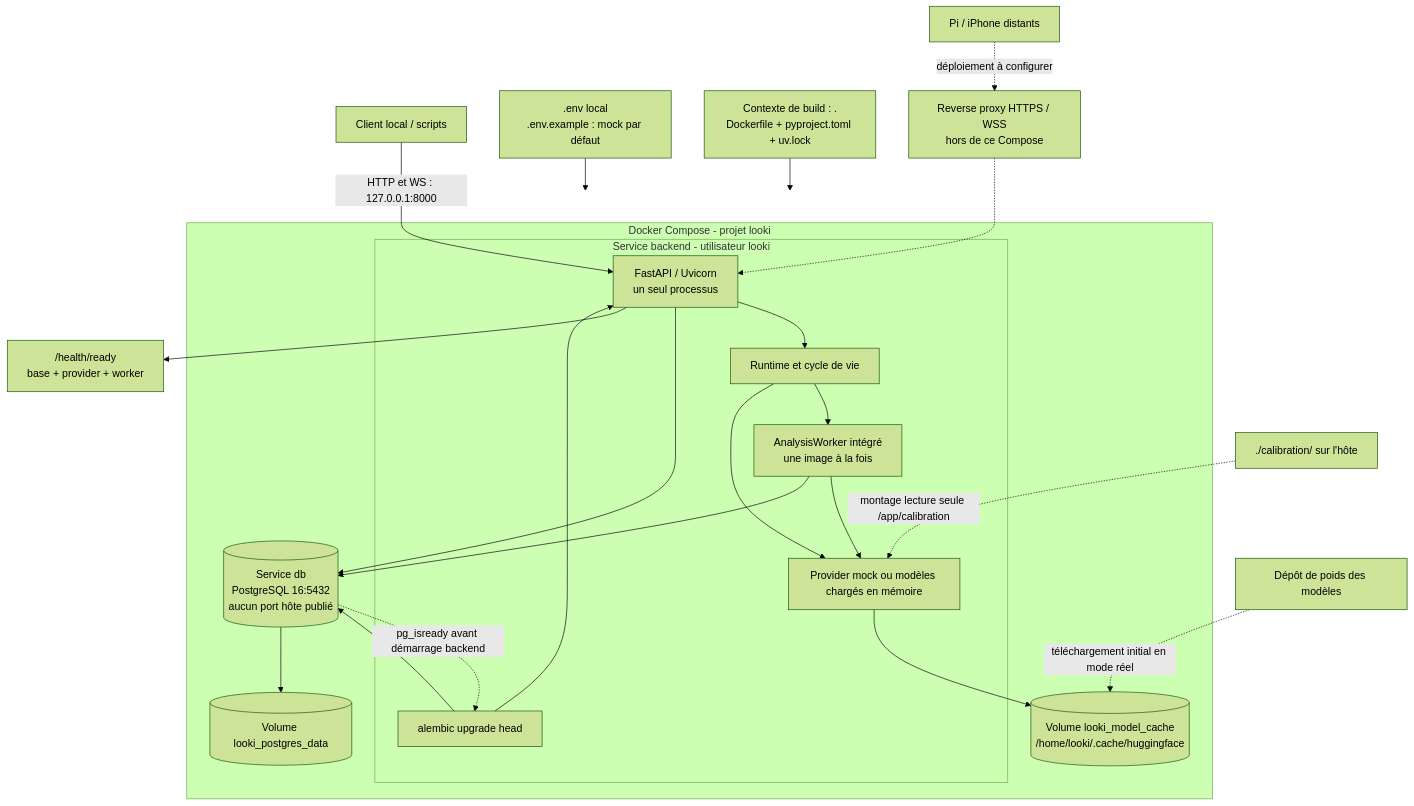
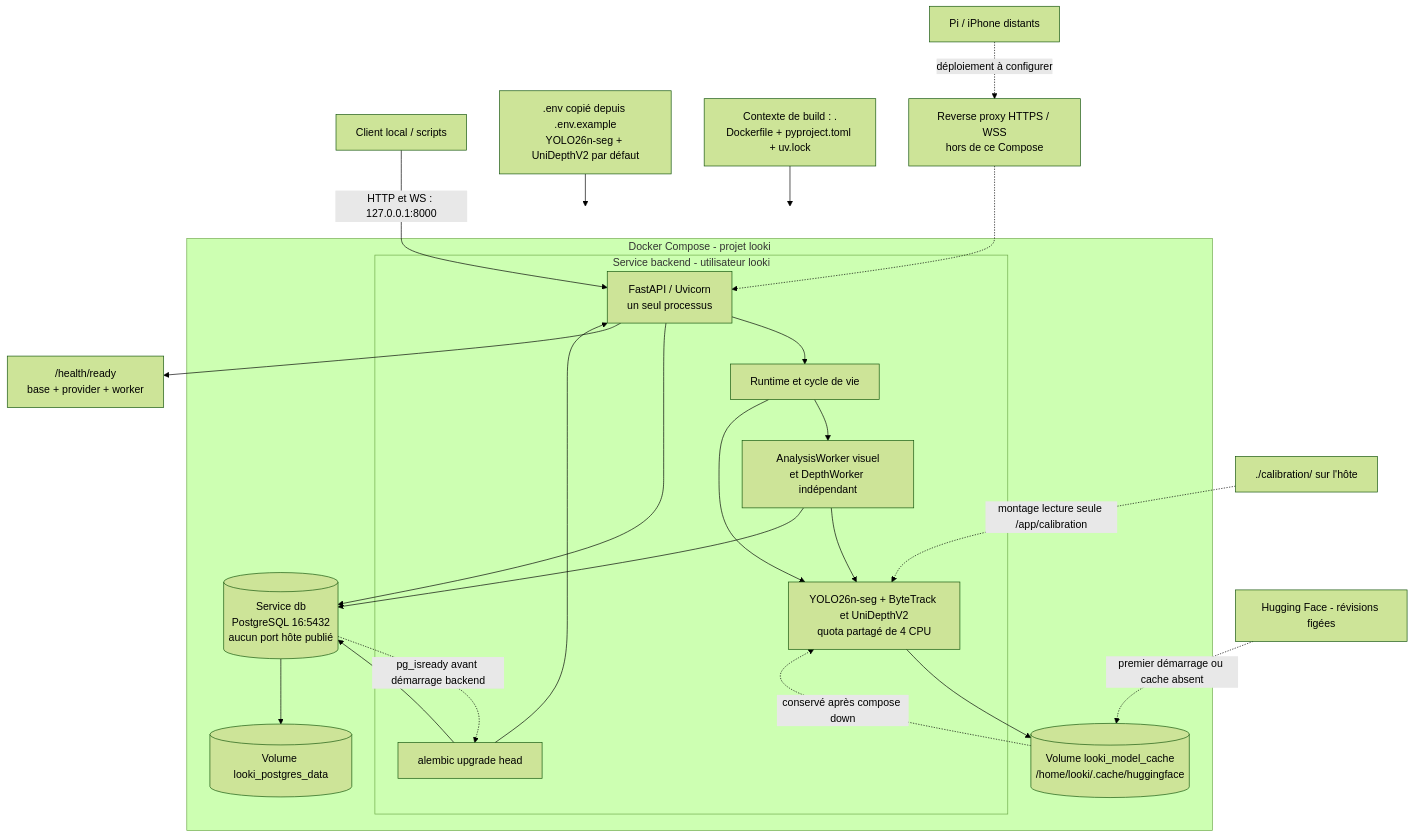
One commit to Mindsept/Looki--Vision changed the diagram in docs/diagrams/12-deploiement-compose.mmd. Above: the diagram before and after it, drawn with Mermaid (forest theme). The commit also changed 7 other files, not shown here.

Commit message:
chore(vision): enable real models by default and document proximity pipeline

```diff
--- a/docs/diagrams/12-deploiement-compose.mmd
+++ b/docs/diagrams/12-deploiement-compose.mmd
@@ -1,26 +1,27 @@
 %% Depuis la racine Git backend/ : docker compose up --build -d
 flowchart TB
     Client["Client local / scripts"] -->|"HTTP et WS : 127.0.0.1:8000"| API
-    Env[".env local<br/>.env.example : mock par défaut"] --> Compose
+    Env[".env copié depuis .env.example<br/>YOLO26n-seg + UniDepthV2 par défaut"] --> Compose
     Source["Contexte de build : .<br/>Dockerfile + pyproject.toml + uv.lock"] --> Compose
     subgraph Compose["Docker Compose - projet looki"]
         subgraph Backend["Service backend - utilisateur looki"]
             Migration["alembic upgrade head"] --> API["FastAPI / Uvicorn<br/>un seul processus"]
             API --> Runtime["Runtime et cycle de vie"]
-            Runtime --> Worker["AnalysisWorker intégré<br/>une image à la fois"]
-            Runtime --> Vision["Provider mock ou modèles chargés en mémoire"]
+            Runtime --> Worker["AnalysisWorker visuel<br/>et DepthWorker indépendant"]
+            Runtime --> Vision["YOLO26n-seg + ByteTrack et UniDepthV2<br/>quota partagé de 4 CPU"]
             Worker --> Vision
         end
         PG[("Service db<br/>PostgreSQL 16:5432<br/>aucun port hôte publié")]
         PG -. "pg_isready avant démarrage backend" .-> Migration
         Migration --> PG
         API --> PG
         Worker --> PG
         PG --> Data[("Volume looki_postgres_data")]
         Vision --> Cache[("Volume looki_model_cache<br/>/home/looki/.cache/huggingface")]
     end
     Calibration["./calibration/ sur l'hôte"] -. "montage lecture seule /app/calibration" .-> Vision
-    Models["Dépôt de poids des modèles"] -. "téléchargement initial en mode réel" .-> Cache
+    Models["Hugging Face - révisions figées"] -. "premier démarrage ou cache absent" .-> Cache
+    Cache -. "conservé après compose down" .-> Vision
     API --> Ready["/health/ready<br/>base + provider + worker"]
     Remote["Pi / iPhone distants"] -. "déploiement à configurer" .-> TLS["Reverse proxy HTTPS / WSS<br/>hors de ce Compose"]
     TLS -.-> API
```
